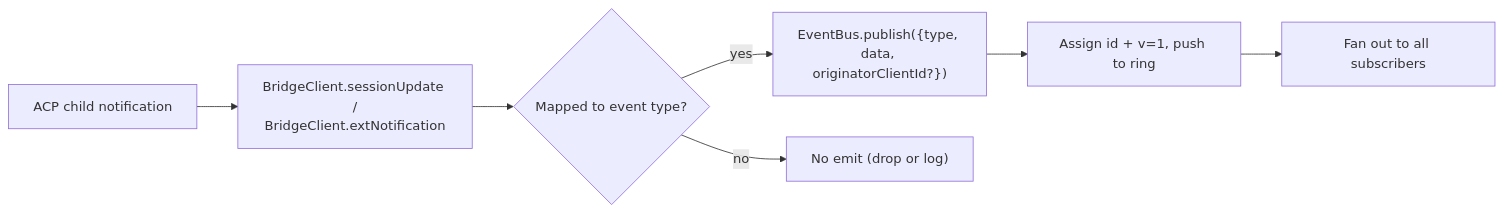
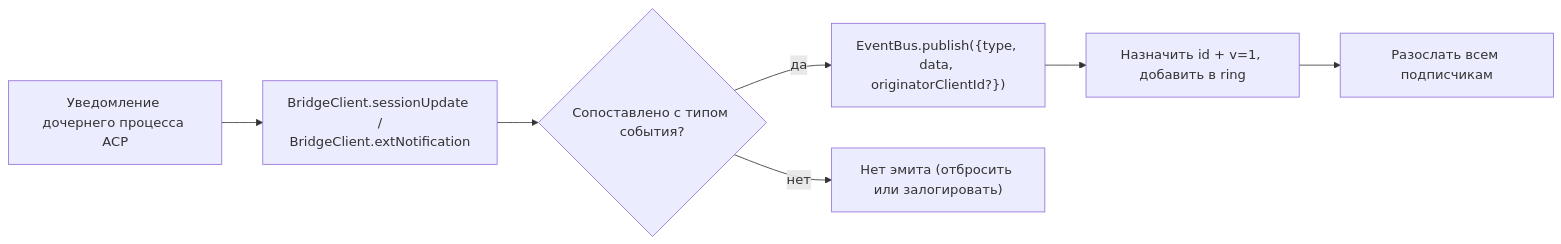
The first of 2 diagrams in website/content/ru/developers/daemon/09-event-schema.md (QwenLM/qwen-code-docs), drawn with Mermaid before and after one commit. The commit also changed other lines of this file and 162 other files, not shown here.

````diff
--- a/website/content/ru/developers/daemon/09-event-schema.md
+++ b/website/content/ru/developers/daemon/09-event-schema.md
@@ -167,9 +181,9 @@
 ```mermaid
 flowchart LR
-    A["ACP child notification"] --> B["BridgeClient.sessionUpdate /<br/>BridgeClient.extNotification"]
-    B --> C{"Mapped to event type?"}
-    C -->|yes| D["EventBus.publish({type, data, originatorClientId?})"]
-    C -->|no| E["No emit (drop or log)"]
-    D --> F["Assign id + v=1, push to ring"]
-    F --> G["Fan out to all subscribers"]
+    A["Уведомление дочернего процесса ACP"] --> B["BridgeClient.sessionUpdate /<br/>BridgeClient.extNotification"]
+    B --> C{"Сопоставлено с типом события?"}
+    C -->|да| D["EventBus.publish({type, data, originatorClientId?})"]
+    C -->|нет| E["Нет эмита (отбросить или залогировать)"]
+    D --> F["Назначить id + v=1, добавить в ring"]
+    F --> G["Разослать всем подписчикам"]
 ```
````
